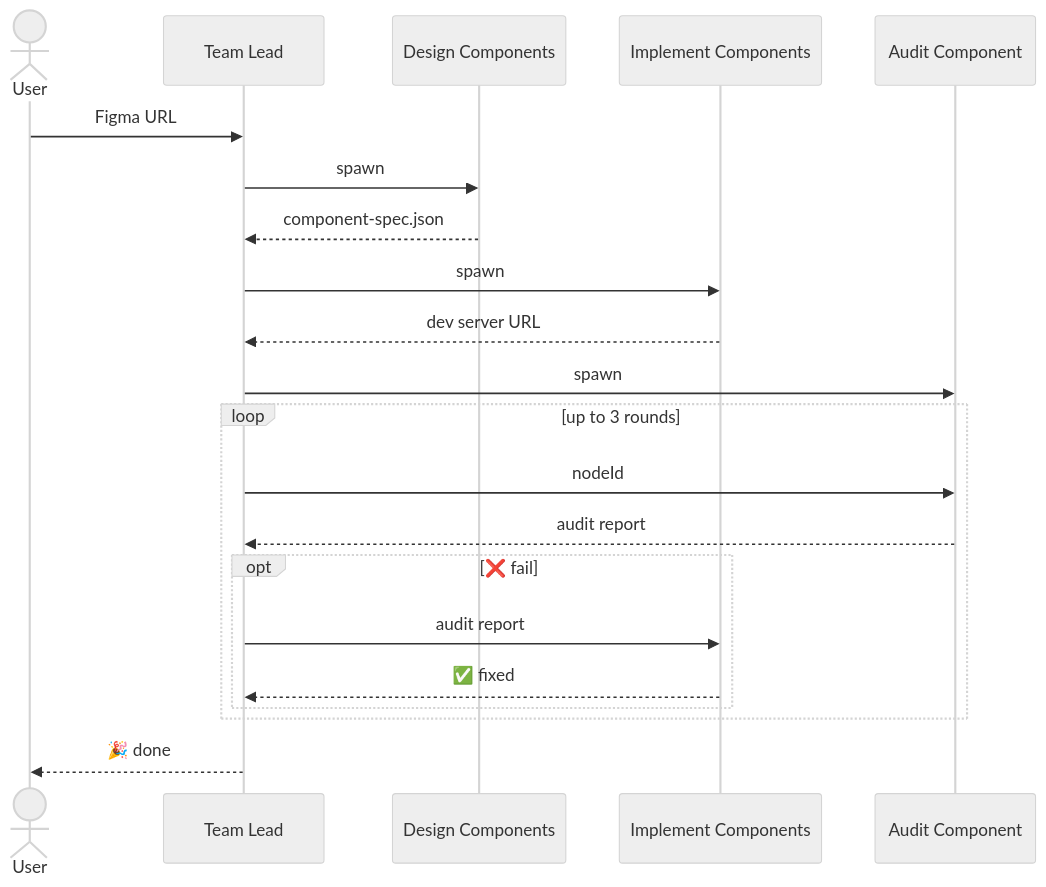
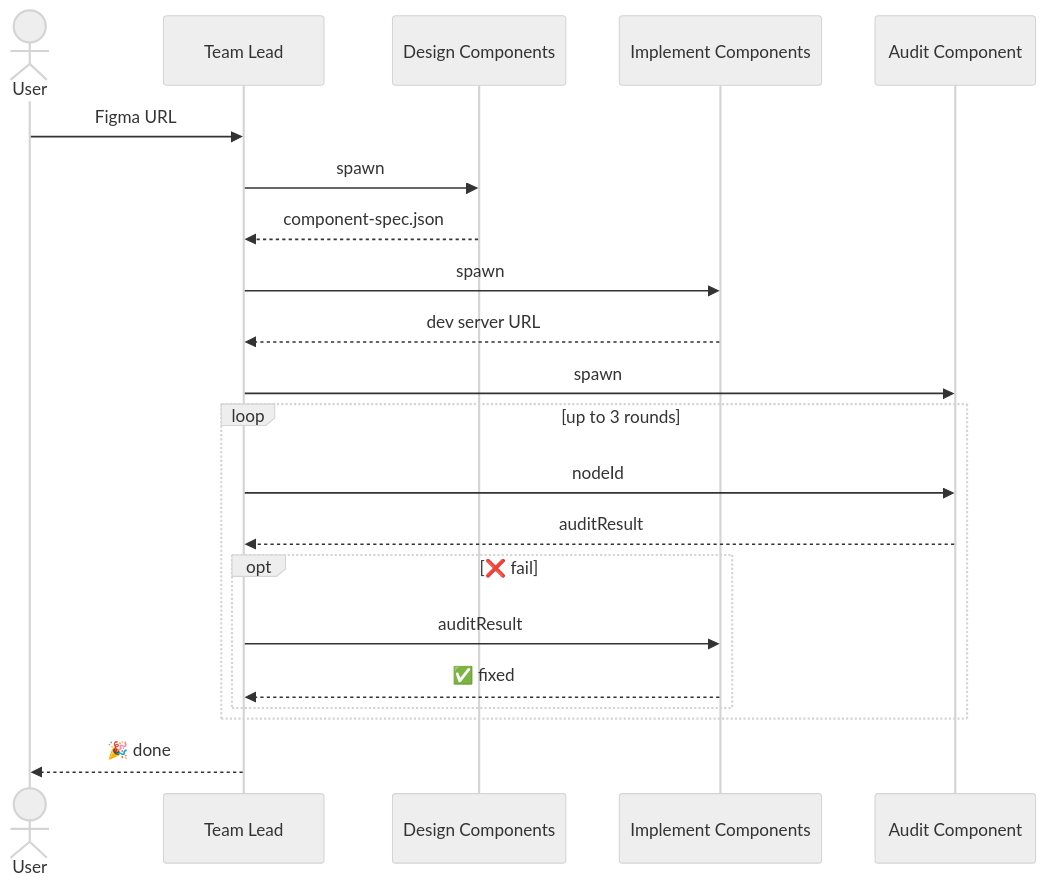
One commit to nonoroazoro/ai changed the diagram in plugins/skills/figma-to-code/README.md. Above: the diagram before and after it, drawn with Mermaid (neutral theme). The commit also changed other lines of this file and 5 other files, not shown here.

````diff
--- a/plugins/skills/figma-to-code/README.md
+++ b/plugins/skills/figma-to-code/README.md
@@ -7,24 +7,24 @@
 ```mermaid
 sequenceDiagram
     actor U as User
     participant TL as Team Lead
     participant DC as Design Components
     participant IC as Implement Components
     participant AC as Audit Component
 
     U->>TL: Figma URL
     TL->>DC: spawn
     DC-->>TL: component-spec.json
     TL->>IC: spawn
     IC-->>TL: dev server URL
     TL->>AC: spawn
     loop up to 3 rounds
         TL->>AC: nodeId
-        AC-->>TL: audit report
+        AC-->>TL: auditResult
         opt ❌ fail
-            TL->>IC: audit report
+            TL->>IC: auditResult
             IC-->>TL: ✅ fixed
         end
     end
     TL-->>U: 🎉 done
 ```
````
